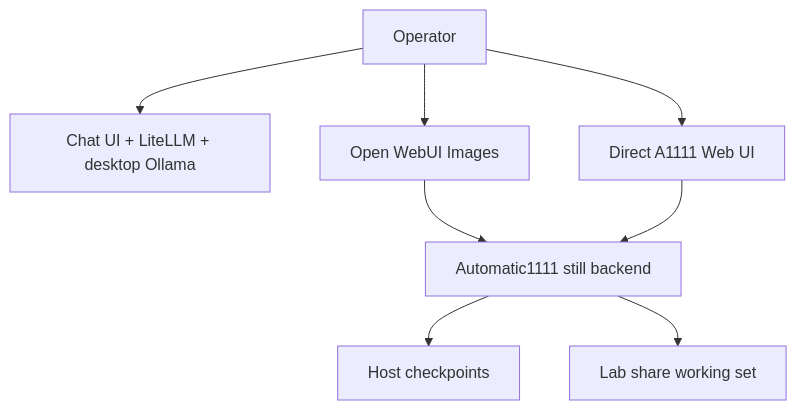
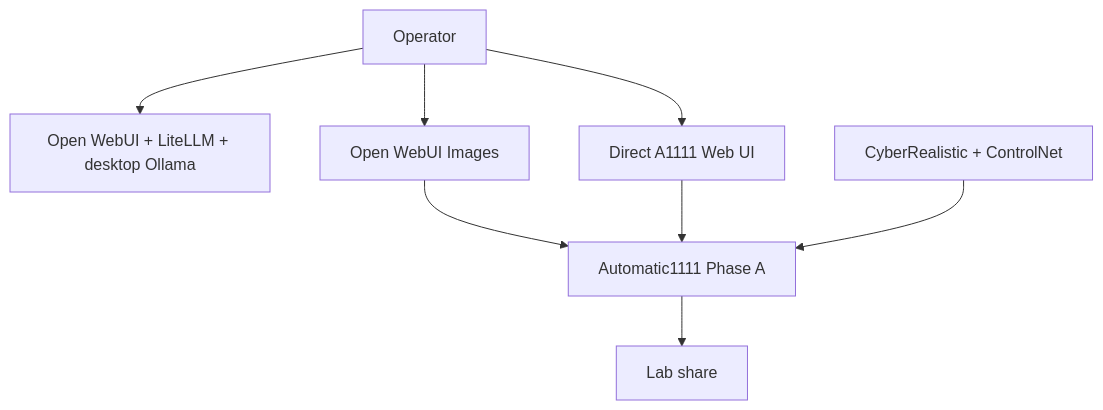
Before and after one commit to doesitscript/dotfile-vnext: the first of 3 diagrams in docs/plans/2026-08-06--automatic1111-lab-setup-diagrams-implemented/README.md, drawn with Mermaid. The commit also changed other lines of this file and 107 other files, not shown here.

Commit message:
docs(plans): move lab diagrams into plan packets

````diff
--- a/docs/plans/2026-08-06--automatic1111-lab-setup-diagrams-implemented/README.md
+++ b/docs/plans/2026-08-06--automatic1111-lab-setup-diagrams-implemented/README.md
@@ -112,16 +162,16 @@
 ```mermaid
 flowchart TB
   op[Operator]
-  chat[Chat UI + LiteLLM + desktop Ollama]
+  chat[Open WebUI + LiteLLM + desktop Ollama]
   images[Open WebUI Images]
-  a1111[Automatic1111 still backend]
+  a1111[Automatic1111 Phase A]
   direct[Direct A1111 Web UI]
-  share[Lab share working set]
-  models[Host checkpoints]
+  share[Lab share]
+  models[CyberRealistic + ControlNet]
 
   op --> chat
   op --> images --> a1111
   op --> direct --> a1111
-  a1111 --> models
+  models --> a1111
   a1111 --> share
 ```
````
